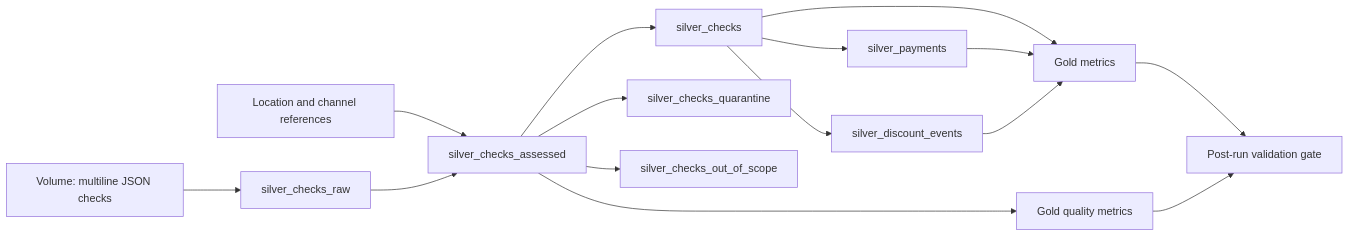
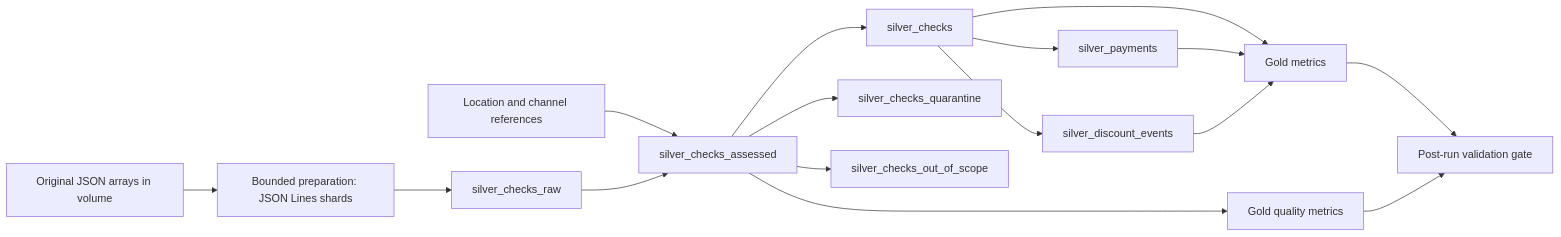
Before and after one commit to brunogcampa/sun-holdings-applebees-fraud-detection: the diagram in README.md, drawn with Mermaid. The commit also changed other lines of this file and 15 other files, not shown here.

Commit message:
Prepare bounded JSONL input before Lakeflow to address Photon JSON scan OOM

````diff
--- a/README.md
+++ b/README.md
@@ -54,17 +58,18 @@
 ```mermaid
 flowchart LR
-    A[Volume: multiline JSON checks] --> B[silver_checks_raw]
+    A[Original JSON arrays in volume] --> N[Bounded preparation: JSON Lines shards]
+    N --> B[silver_checks_raw]
     L[Location and channel references] --> C[silver_checks_assessed]
     B --> C
     C --> D[silver_checks]
     C --> Q[silver_checks_quarantine]
     C --> O[silver_checks_out_of_scope]
     D --> P[silver_payments]
     D --> E[silver_discount_events]
     D --> G[Gold metrics]
     P --> G
     E --> G
     C --> K[Gold quality metrics]
     G --> V[Post-run validation gate]
     K --> V
 ```
````
